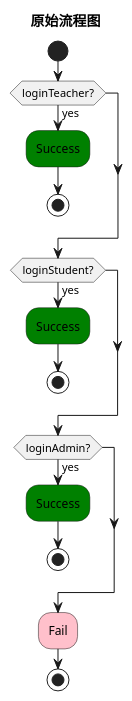
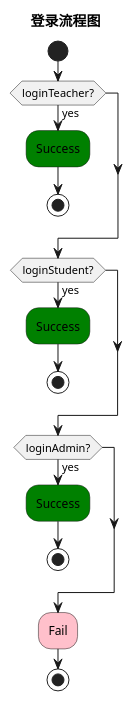
One commit to 658146603/ostp-web changed the first of 3 diagrams in uml/A.plantuml. Above: the diagram before and after it, drawn with PlantUML. The commit also changed other lines of this file and 2 other files, not shown here.

Commit message:
update uml

```diff
--- a/uml/A.plantuml
+++ b/uml/A.plantuml
@@ -1,18 +1,18 @@
 @startuml
-title 原始流程图
+title 登录流程图
 start
 if (loginTeacher?) then (yes)
     #green:Success;
     stop
 endif
 if (loginStudent?) then (yes)
     #green:Success;
     stop
 endif
 if (loginAdmin?) then (yes)
     #green:Success;
     stop
 endif
 #pink:Fail;
 stop
 @enduml
```
